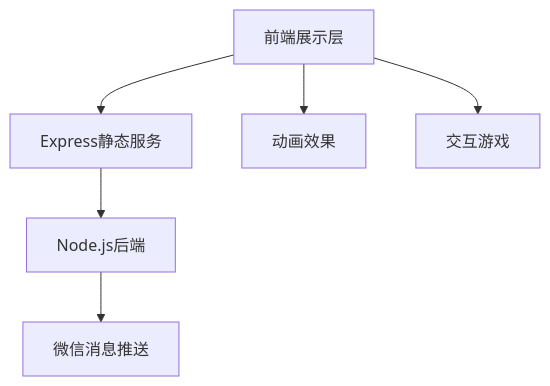
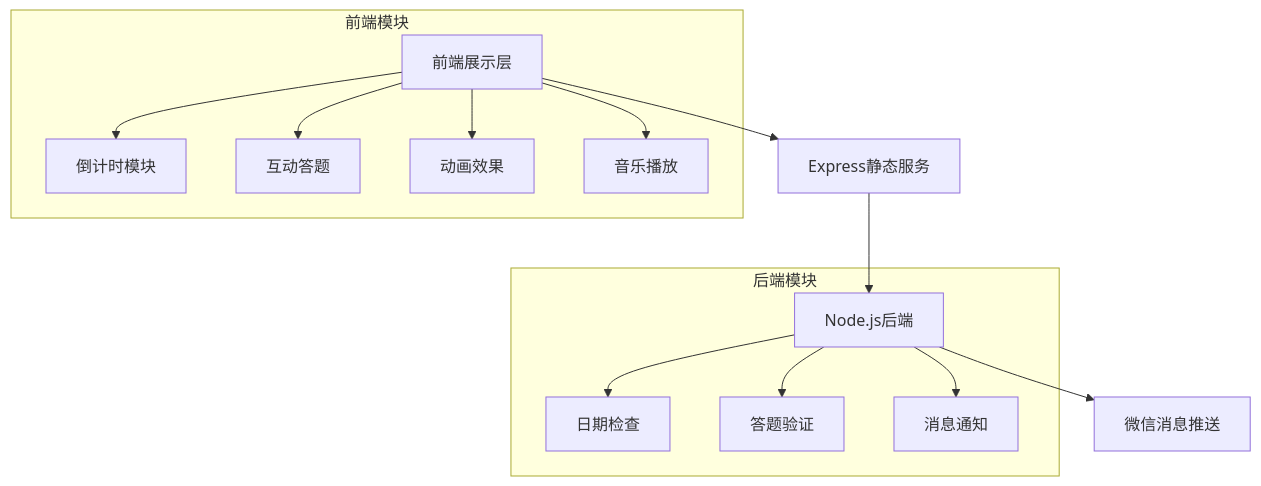
One commit to yuanyang749/demo-node-service changed the second of 2 diagrams in tech_blog.md. Above: the diagram before and after it, drawn with Mermaid. The commit also changed other lines of this file and 1 other file, not shown here.

Commit message:
完善技术博客，新增项目效果展示、开发前准备、业务流程及系统架构图，更新关键配置说明，添加气球动画效果及微信通知功能，新增示例图片，感谢Cursor的AI支持。

````diff
--- a/tech_blog.md
+++ b/tech_blog.md
@@ -53,8 +98,19 @@
 ```mermaid
 graph TD
     A[前端展示层] --> B[Express静态服务]
     B --> C[Node.js后端]
     C --> D[微信消息推送]
-    A --> E[动画效果]
-    A --> F[交互游戏]
+    
+    subgraph 前端模块
+        A --> E[倒计时模块]
+        A --> F[互动答题]
+        A --> G[动画效果]
+        A --> H[音乐播放]
+    end
+    
+    subgraph 后端模块
+        C --> I[日期检查]
+        C --> J[答题验证]
+        C --> K[消息通知]
+    end
 ```
````
